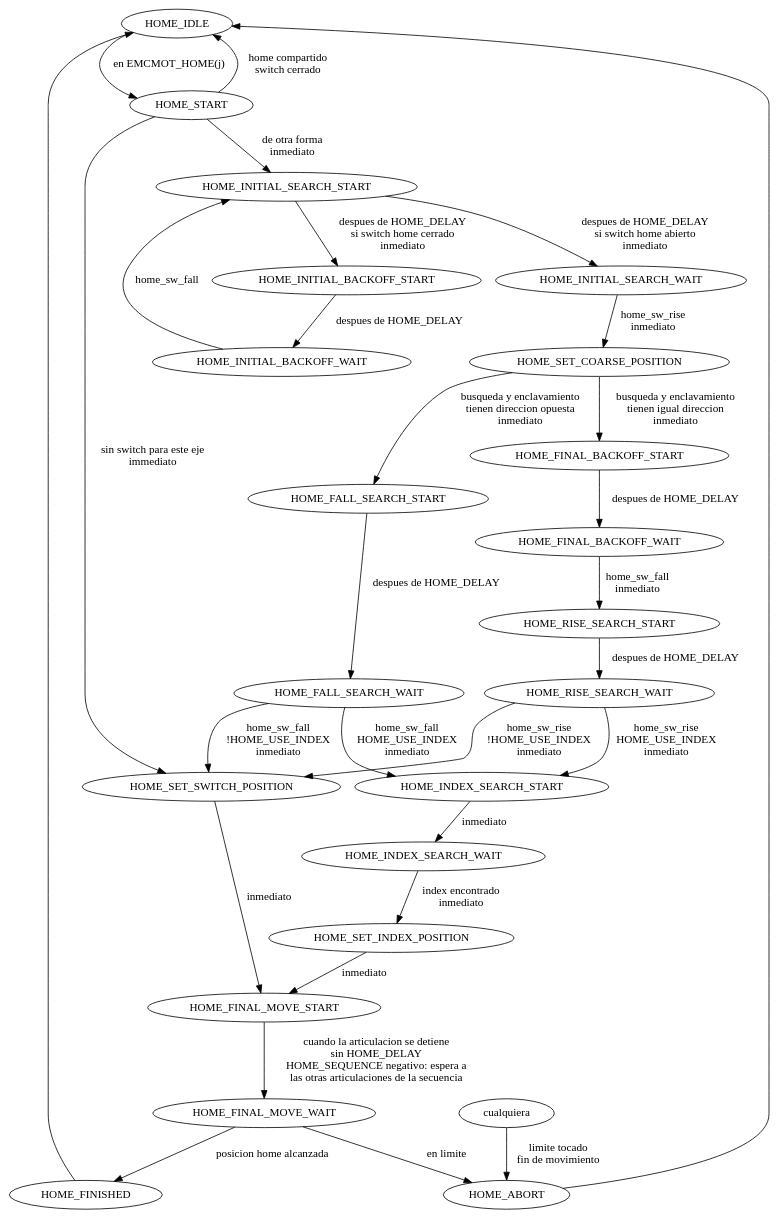
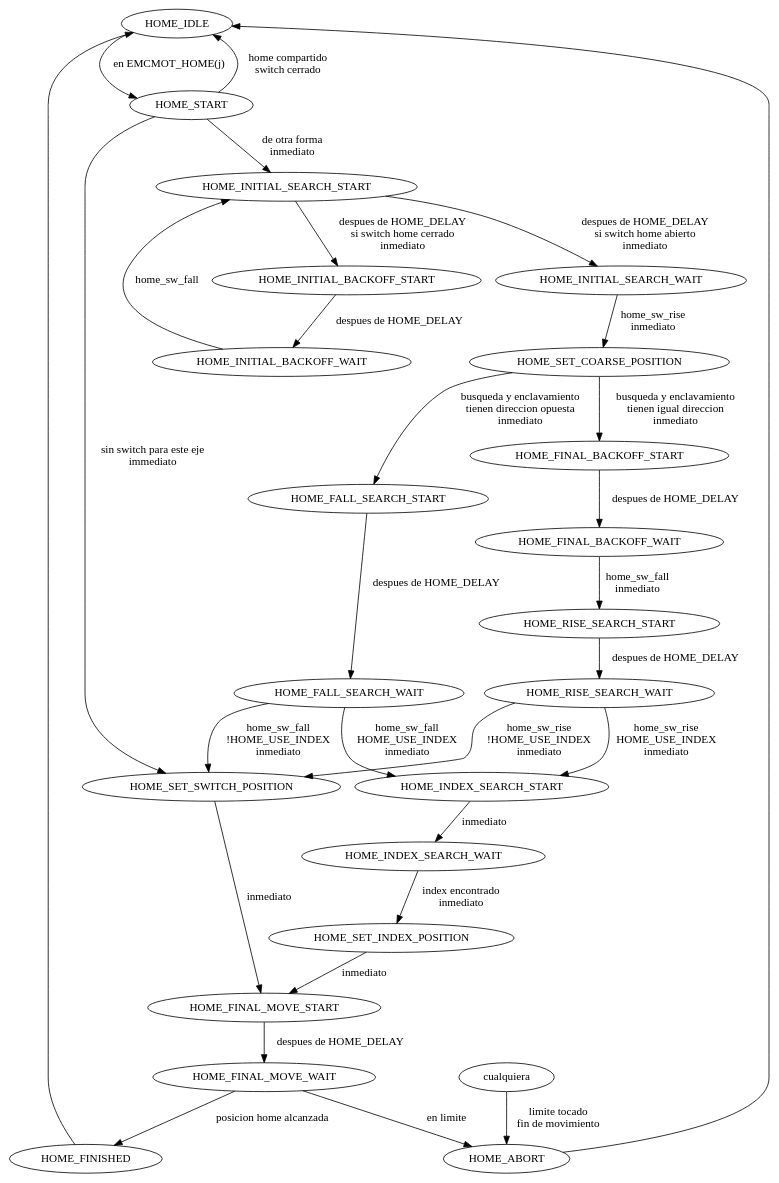
One commit to SyncTwin/linuxcnc changed the diagram in docs/src/code/homing_es.dot. Above: the diagram before and after it, drawn with Graphviz. The commit also changed 107 other files, not shown here.

```diff
--- a/docs/src/code/homing_es.dot
+++ b/docs/src/code/homing_es.dot
@@ -1,31 +1,31 @@
 digraph homing {
     HOME_IDLE -> HOME_START [label="en EMCMOT_HOME(j)"];
     HOME_START -> HOME_IDLE [label="home compartido\nswitch cerrado"];
     HOME_START -> HOME_SET_SWITCH_POSITION [label="sin switch para este eje\nimmediato"];
     HOME_START -> HOME_INITIAL_SEARCH_START [label="de otra forma\ninmediato"];
     HOME_INITIAL_BACKOFF_START -> HOME_INITIAL_BACKOFF_WAIT [label="despues de HOME_DELAY"];
     HOME_INITIAL_BACKOFF_WAIT -> HOME_INITIAL_SEARCH_START [label="home_sw_fall"];
     HOME_INITIAL_SEARCH_START -> HOME_INITIAL_BACKOFF_START [label="despues de HOME_DELAY\nsi switch home cerrado\ninmediato"];
     HOME_INITIAL_SEARCH_START -> HOME_INITIAL_SEARCH_WAIT [label="despues de HOME_DELAY\nsi switch home abierto\ninmediato"];
     HOME_INITIAL_SEARCH_WAIT -> HOME_SET_COARSE_POSITION [label="home_sw_rise\ninmediato"];
     HOME_SET_COARSE_POSITION -> HOME_FINAL_BACKOFF_START [label="busqueda y enclavamiento\ntienen igual direccion\ninmediato"]
     HOME_SET_COARSE_POSITION -> HOME_FALL_SEARCH_START [label="busqueda y enclavamiento\ntienen direccion opuesta\ninmediato"]
     HOME_FINAL_BACKOFF_START -> HOME_FINAL_BACKOFF_WAIT [label="despues de HOME_DELAY"];
     HOME_FINAL_BACKOFF_WAIT -> HOME_RISE_SEARCH_START [label="home_sw_fall\ninmediato"];
     HOME_RISE_SEARCH_START -> HOME_RISE_SEARCH_WAIT [label="despues de HOME_DELAY"];
     HOME_RISE_SEARCH_WAIT -> HOME_INDEX_SEARCH_START [label="home_sw_rise\nHOME_USE_INDEX\ninmediato"]
     HOME_RISE_SEARCH_WAIT -> HOME_SET_SWITCH_POSITION [label="home_sw_rise\n!HOME_USE_INDEX\ninmediato"]
     HOME_FALL_SEARCH_START -> HOME_FALL_SEARCH_WAIT [label="despues de HOME_DELAY"];
     HOME_FALL_SEARCH_WAIT -> HOME_INDEX_SEARCH_START [label="home_sw_fall\nHOME_USE_INDEX\ninmediato"]
     HOME_FALL_SEARCH_WAIT -> HOME_SET_SWITCH_POSITION [label="home_sw_fall\n!HOME_USE_INDEX\ninmediato"]
     HOME_INDEX_SEARCH_START -> HOME_INDEX_SEARCH_WAIT [label="inmediato"];
     HOME_INDEX_SEARCH_WAIT -> HOME_SET_INDEX_POSITION [label="index encontrado\ninmediato"];
     HOME_SET_SWITCH_POSITION -> HOME_FINAL_MOVE_START [label="inmediato"];
     HOME_SET_INDEX_POSITION -> HOME_FINAL_MOVE_START [label="inmediato"];
-    HOME_FINAL_MOVE_START -> HOME_FINAL_MOVE_WAIT [label="cuando la articulacion se detiene\nsin HOME_DELAY\nHOME_SEQUENCE negativo: espera a\nlas otras articulaciones de la secuencia"];
+    HOME_FINAL_MOVE_START -> HOME_FINAL_MOVE_WAIT [label="despues de HOME_DELAY"];
     HOME_FINAL_MOVE_WAIT -> HOME_ABORT [label="en limite"];
     HOME_FINAL_MOVE_WAIT -> HOME_FINISHED [label="posicion home alcanzada"];
     HOME_FINISHED -> HOME_IDLE;
     cualquiera -> HOME_ABORT [label="limite tocado\nfin de movimiento"]
     HOME_ABORT -> HOME_IDLE;
 }
```
